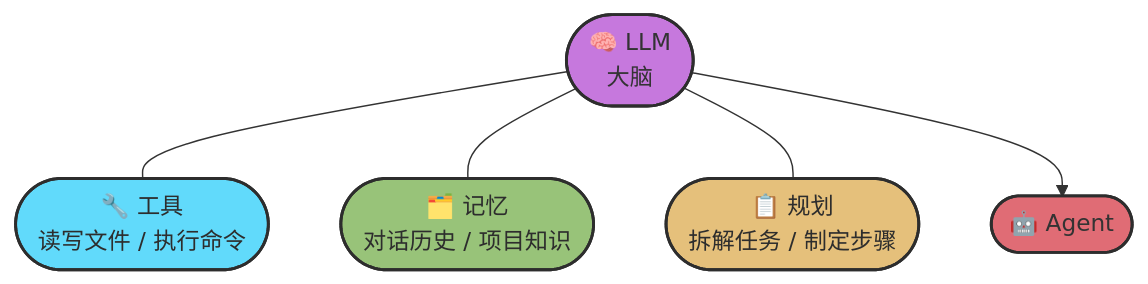
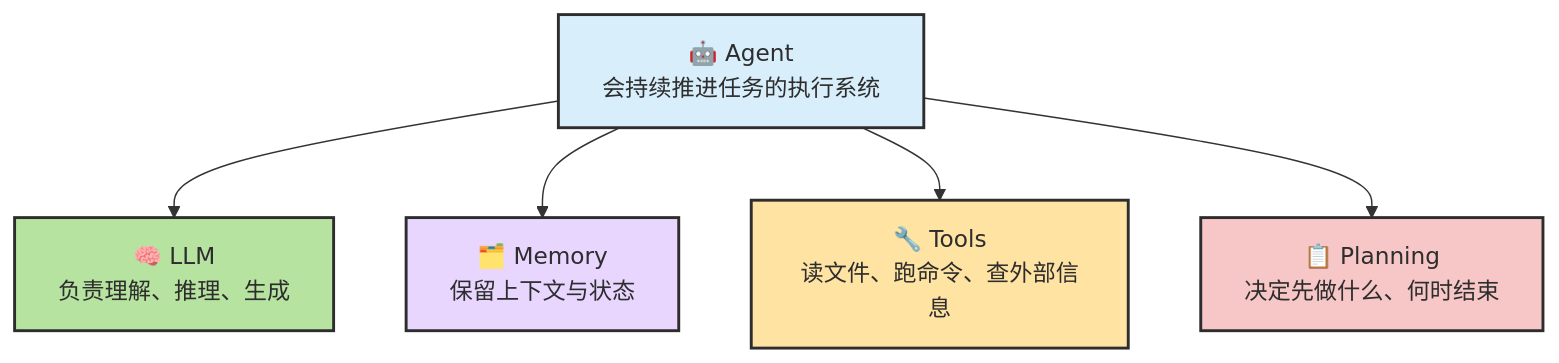
Before and after one commit to zht043/AgenticCodingTutorial: the second of 2 diagrams in docs/chapters/ch03-glossary.md, drawn with Mermaid. The commit also changed other lines of this file and 69 other files, not shown here.

Commit message:
optimize docs and add mermaid validation

````diff
--- a/docs/chapters/ch03-glossary.md
+++ b/docs/chapters/ch03-glossary.md
@@ -158,19 +165,20 @@
 ```mermaid
 flowchart TB
-    LLM(["🧠 LLM<br/>大脑"]):::purple
-    Tools(["🔧 工具<br/>读写文件 / 执行命令"]):::blue
-    Memory(["🗂️ 记忆<br/>对话历史 / 项目知识"]):::green
-    Plan(["📋 规划<br/>拆解任务 / 制定步骤"]):::orange
-    
-    LLM --- Tools
-    LLM --- Memory
-    LLM --- Plan
-    
-    LLM --> Agent(["🤖 Agent"]):::red
+    classDef core fill:#d8eefb,stroke:#2d2d2d,stroke-width:2px,color:#2d2d2d
+    classDef llm fill:#b7e3a1,stroke:#2d2d2d,stroke-width:2px,color:#2d2d2d
+    classDef mem fill:#e8d6ff,stroke:#2d2d2d,stroke-width:2px,color:#2d2d2d
+    classDef tool fill:#ffe3a3,stroke:#2d2d2d,stroke-width:2px,color:#2d2d2d
+    classDef plan fill:#f7c6c7,stroke:#2d2d2d,stroke-width:2px,color:#2d2d2d
 
-    classDef purple fill:#c678dd,stroke:#2d2d2d,stroke-width:2px
-    classDef blue fill:#61dafb,stroke:#2d2d2d,stroke-width:2px,color:#2d2d2d
-    classDef green fill:#98c379,stroke:#2d2d2d,stroke-width:2px,color:#2d2d2d
-    classDef orange fill:#e5c07b,stroke:#2d2d2d,stroke-width:2px,color:#2d2d2d
-    classDef red fill:#e06c75,stroke:#2d2d2d,stroke-width:2px
+    Agent["🤖 Agent<br/>会持续推进任务的执行系统"]:::core
+
+    LLM["🧠 LLM<br/>负责理解、推理、生成"]:::llm
+    Memory["🗂️ Memory<br/>保留上下文与状态"]:::mem
+    Tools["🔧 Tools<br/>读文件、跑命令、查外部信息"]:::tool
+    Plan["📋 Planning<br/>决定先做什么、何时结束"]:::plan
+
+    Agent --> LLM
+    Agent --> Memory
+    Agent --> Tools
+    Agent --> Plan
 ```
````
